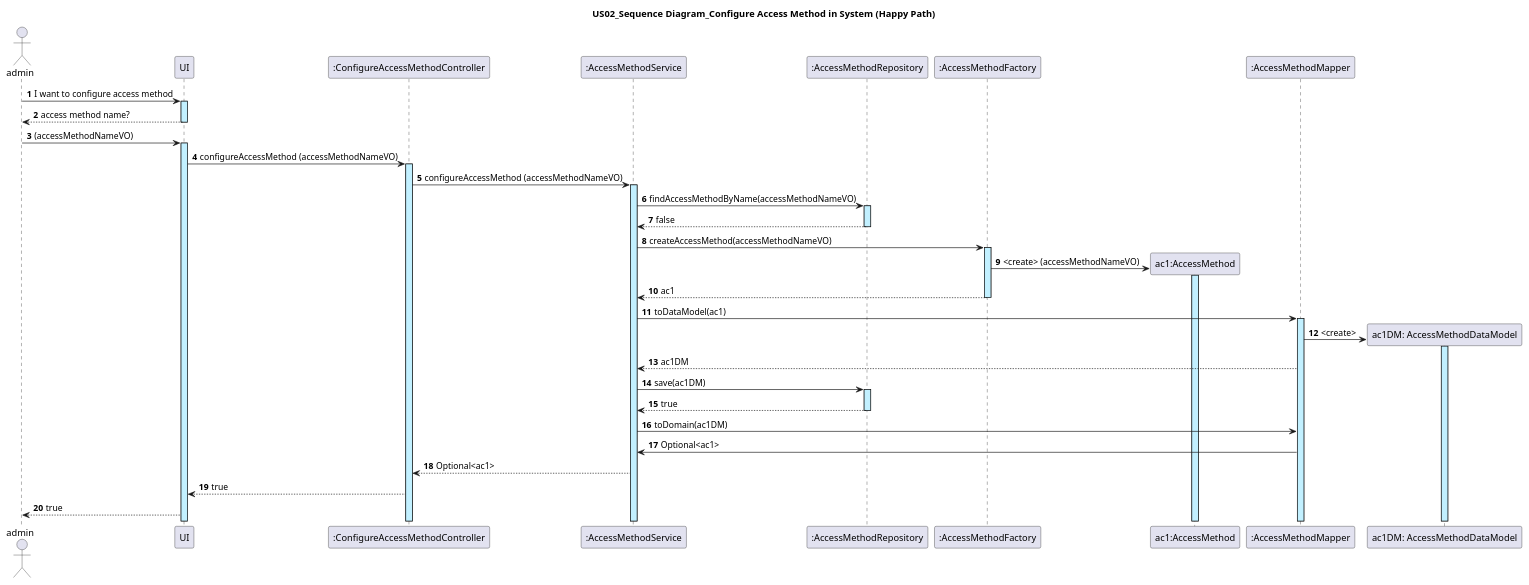
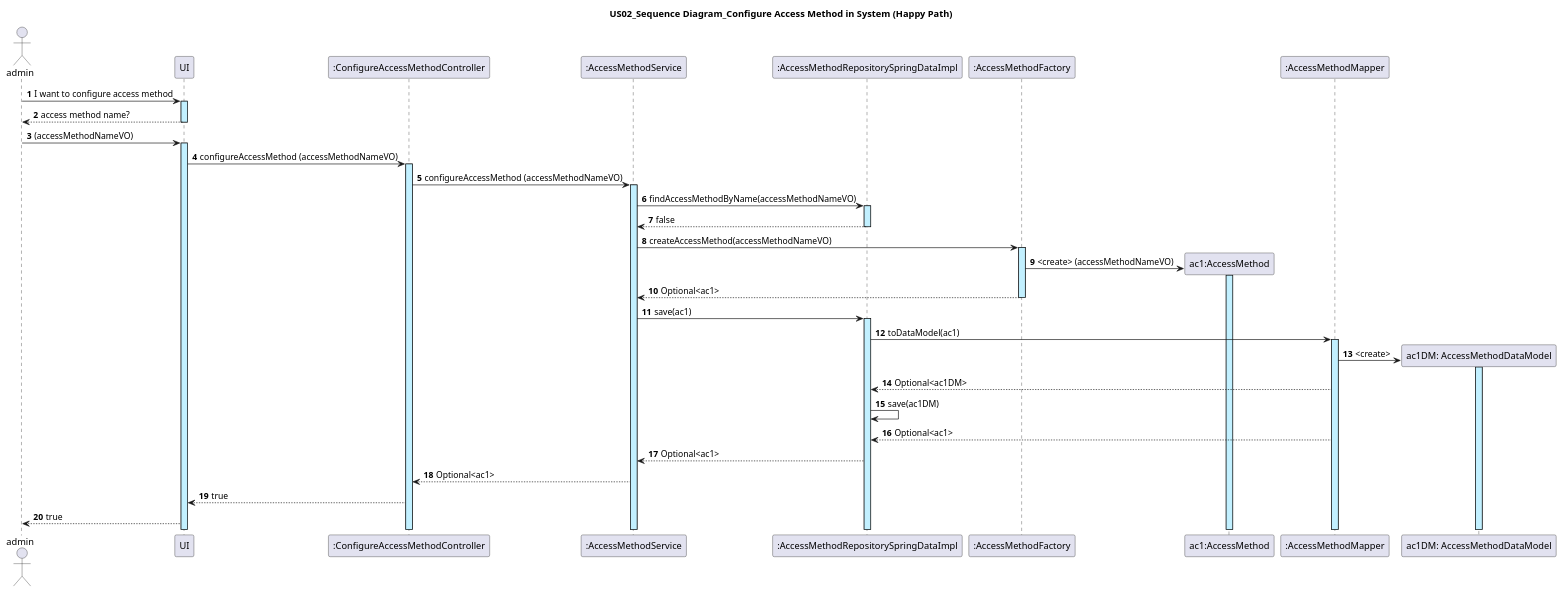
The diagram in docs/US02/US02_ConfigureAccessMethod_JPA_SequenceDiagram.puml (GasparISEP/DevOps-PAI), drawn with PlantUML before and after one commit.

Commit message:
refactor:Sequence diagram update. Change Mapper to interact with the Repository so the Service doesn't have that responsibility.  refs #299

```diff
--- a/docs/US02/US02_ConfigureAccessMethod_JPA_SequenceDiagram.puml
+++ b/docs/US02/US02_ConfigureAccessMethod_JPA_SequenceDiagram.puml
@@ -1,31 +1,31 @@
 @startuml
 actor admin
 autonumber
 
 title: US02_Sequence Diagram_Configure Access Method in System (Happy Path)
 
 admin -> UI ++ #application : I want to configure access method
 UI --> admin -- : access method name?
 admin -> UI ++ #application :(accessMethodNameVO)
 UI -> ":ConfigureAccessMethodController" as ConfigureAccessMethodController ++ #application : configureAccessMethod (accessMethodNameVO)
 
 
 ConfigureAccessMethodController -> ":AccessMethodService" ++ #application : configureAccessMethod (accessMethodNameVO)
-":AccessMethodService" -> ":AccessMethodRepository" ++ #application:  findAccessMethodByName(accessMethodNameVO)
-":AccessMethodRepository" --> ":AccessMethodService" -- #application: false
+":AccessMethodService" -> ":AccessMethodRepositorySpringDataImpl" ++ #application:  findAccessMethodByName(accessMethodNameVO)
+":AccessMethodRepositorySpringDataImpl" --> ":AccessMethodService" -- #application: false
 ":AccessMethodService" -> ":AccessMethodFactory" as AccessMethodFactory ++ #application: createAccessMethod(accessMethodNameVO)
 create "ac1:AccessMethod" as AccessMethod
 AccessMethodFactory -> AccessMethod  ++ #application  : <create> (accessMethodNameVO)
-AccessMethodFactory --> ":AccessMethodService" -- : ac1
-":AccessMethodService" -> ":AccessMethodMapper" ++ #application: toDataModel(ac1)
+AccessMethodFactory --> ":AccessMethodService" -- : Optional<ac1>
+":AccessMethodService" -> ":AccessMethodRepositorySpringDataImpl" ++ #application: save(ac1)
+":AccessMethodRepositorySpringDataImpl" -> ":AccessMethodMapper" ++ #application: toDataModel(ac1)
 create "ac1DM: AccessMethodDataModel" as AccessMethodDataModel
 ":AccessMethodMapper" -> AccessMethodDataModel ++ #application: <create>
-":AccessMethodMapper" --> ":AccessMethodService" : ac1DM
-":AccessMethodService" -> ":AccessMethodRepository" ++ #application: save(ac1DM)
-":AccessMethodRepository" --> ":AccessMethodService" --: true
-":AccessMethodService" -> ":AccessMethodMapper": toDomain(ac1DM)
-":AccessMethodMapper" -> ":AccessMethodService": Optional<ac1>
+":AccessMethodMapper" --> ":AccessMethodRepositorySpringDataImpl": Optional<ac1DM>
+":AccessMethodRepositorySpringDataImpl" -> ":AccessMethodRepositorySpringDataImpl": save(ac1DM)
+":AccessMethodMapper" --> ":AccessMethodRepositorySpringDataImpl": Optional<ac1>
+":AccessMethodRepositorySpringDataImpl" --> ":AccessMethodService": Optional<ac1>
 ":AccessMethodService" --> ConfigureAccessMethodController: Optional<ac1>
 ConfigureAccessMethodController --> UI: true
 UI --> admin: true
 @enduml
```
